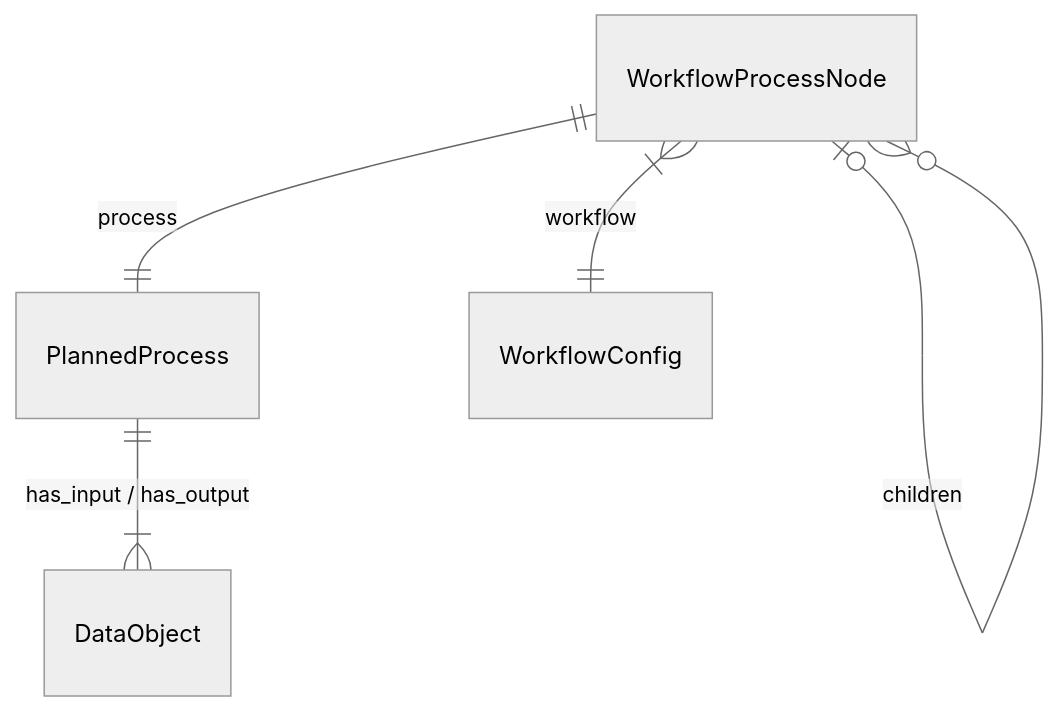
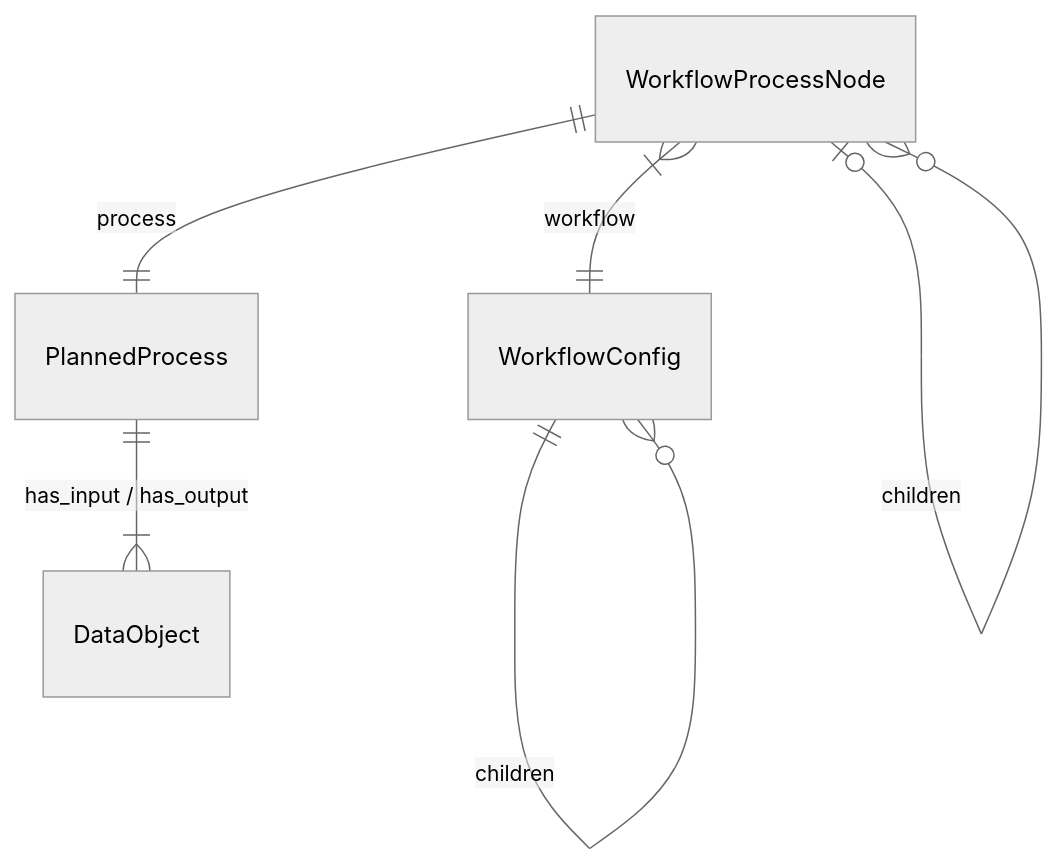
Before and after one commit to microbiomedata/nmdc-edge: the diagram in README.md, drawn with Mermaid (neutral theme).

Commit message:
update mermaid graph

````diff
--- a/README.md
+++ b/README.md
@@ -31,8 +31,9 @@
 ```mermaid
 erDiagram
     WorkflowProcessNode ||--|| PlannedProcess: "process"
     PlannedProcess ||-- |{ DataObject: "has_input / has_output"
     WorkflowProcessNode }|--|| WorkflowConfig: "workflow"
+    WorkflowConfig ||--o{ WorkflowConfig: "children"
     WorkflowProcessNode |o--o| WorkflowProcessNode: "parent"
     WorkflowProcessNode |o--o{ WorkflowProcessNode: "children"
 ```
````
